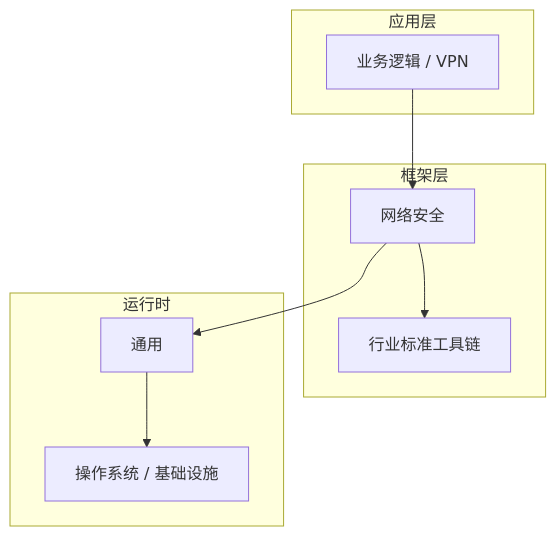
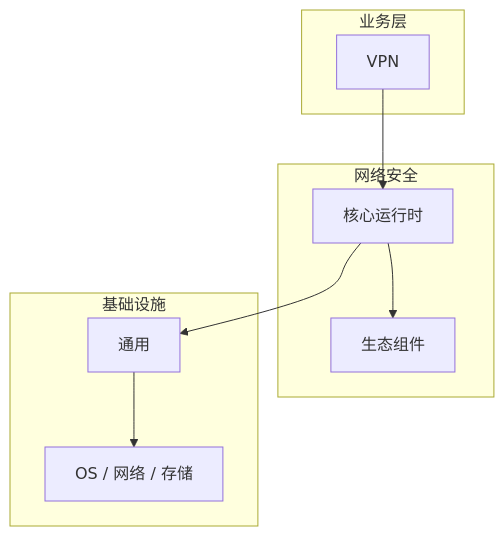
Before and after one commit to yanggan2015/knowledge-json-v2: the diagram in articles/网络安全/chapters/036-VPN核心概念与原理.md, drawn with Mermaid. The commit also changed other lines of this file and 10127 other files, not shown here.

````diff
--- a/articles/网络安全/chapters/036-VPN核心概念与原理.md
+++ b/articles/网络安全/chapters/036-VPN核心概念与原理.md
@@ -46,18 +35,18 @@
 ```mermaid
 graph TB
-    subgraph 应用层
-        A[业务逻辑 / VPN]
+    subgraph 业务层
+        A[VPN]
     end
-    subgraph 框架层
-        B[网络安全]
-        C[行业标准工具链]
+    subgraph 网络安全
+        B[核心运行时]
+        C[生态组件]
     end
-    subgraph 运行时
+    subgraph 基础设施
         D[通用]
-        E[操作系统 / 基础设施]
+        E[OS / 网络 / 存储]
     end
     A --> B
     B --> C
     B --> D
     D --> E
 ```
````
